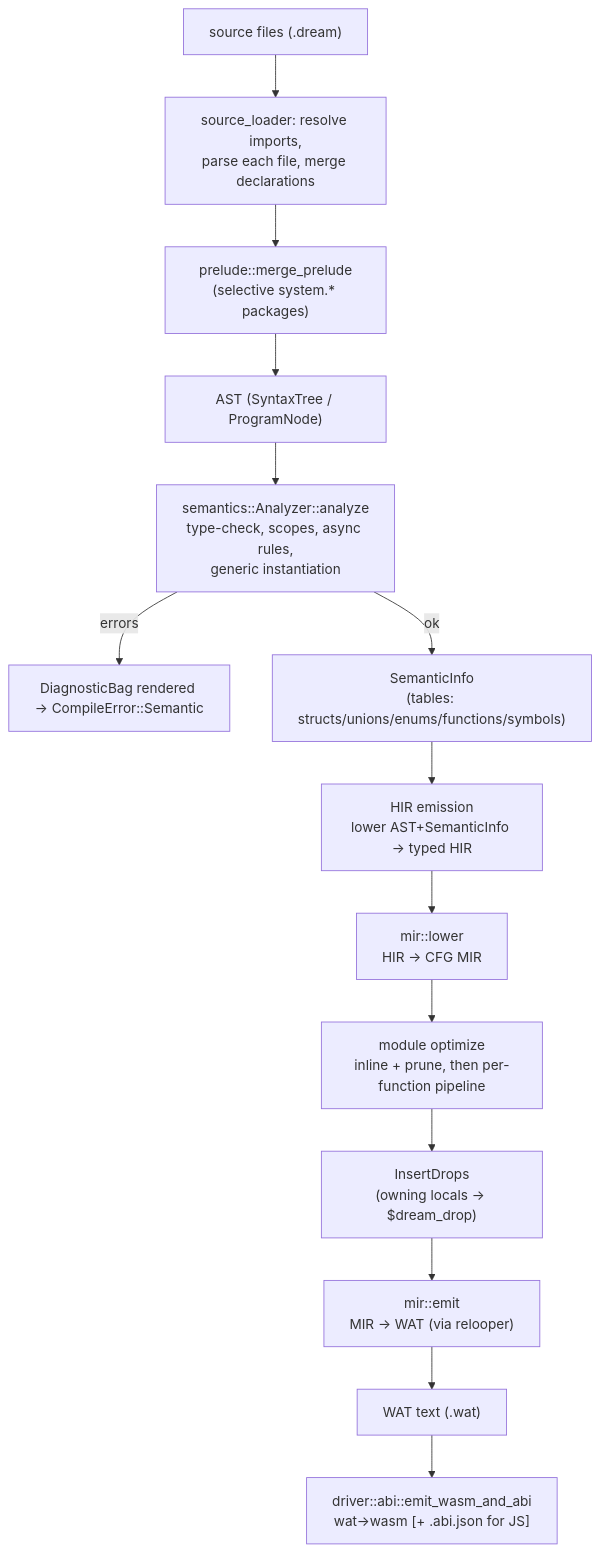
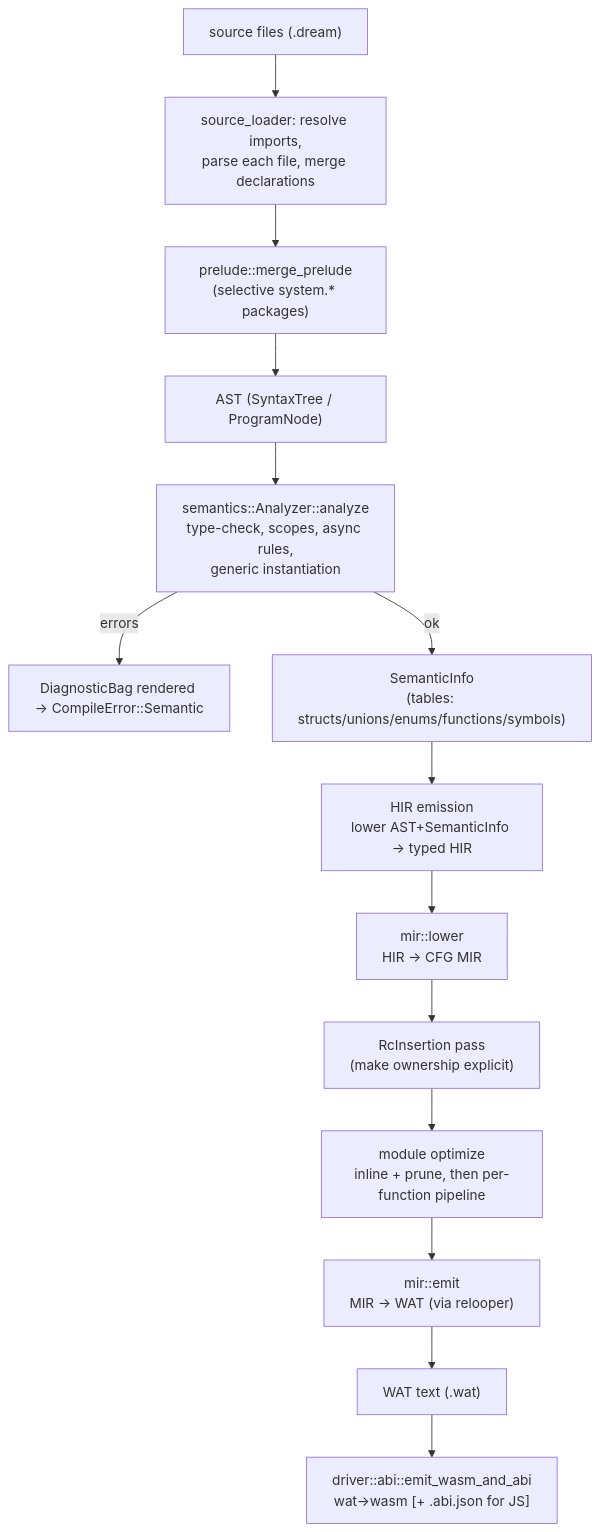
One commit to sps014/dream changed the first of 2 diagrams in docs/compiler/01-pipeline-overview.md. Above: the diagram before and after it, drawn with Mermaid. The commit also changed other lines of this file and 122 other files, not shown here.

````diff
--- a/docs/compiler/01-pipeline-overview.md
+++ b/docs/compiler/01-pipeline-overview.md
@@ -7,20 +7,20 @@
 ```mermaid
 flowchart TD
     src["source files (.dream)"]
     src --> load["source_loader: resolve imports,\nparse each file, merge declarations"]
     load --> prelude["prelude::merge_prelude\n(selective system.* packages)"]
     prelude --> ast["AST (SyntaxTree / ProgramNode)"]
 
     ast --> analyze["semantics::Analyzer::analyze\ntype-check, scopes, async rules,\ngeneric instantiation"]
     analyze -->|errors| diag["DiagnosticBag rendered → CompileError::Semantic"]
     analyze -->|ok| info["SemanticInfo\n(tables: structs/unions/enums/functions/symbols)"]
 
     info --> hir["HIR emission\nlower AST+SemanticInfo → typed HIR"]
     hir --> mir["mir::lower\nHIR → CFG MIR"]
-    mir --> opt["module optimize\ninline + prune, then per-function pipeline"]
-    opt --> drops["InsertDrops\n(owning locals → $dream_drop)"]
-    drops --> emit["mir::emit\nMIR → WAT (via relooper)"]
+    mir --> rc["RcInsertion pass\n(make ownership explicit)"]
+    rc --> opt["module optimize\ninline + prune, then per-function pipeline"]
+    opt --> emit["mir::emit\nMIR → WAT (via relooper)"]
 
     emit --> wat["WAT text (.wat)"]
     wat --> abi["driver::abi::emit_wasm_and_abi\nwat→wasm [+ .abi.json for JS]"]
 ```
````
